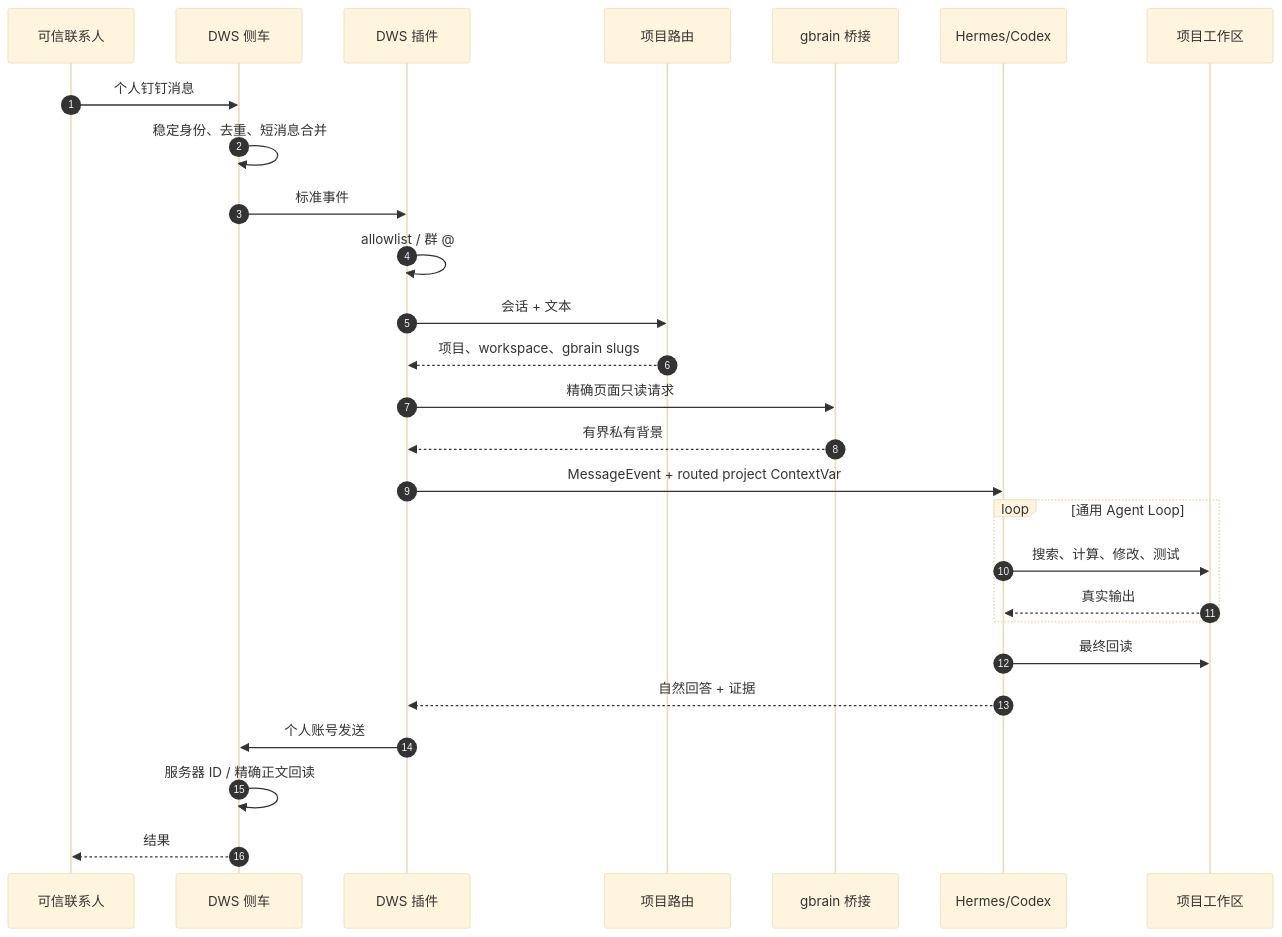
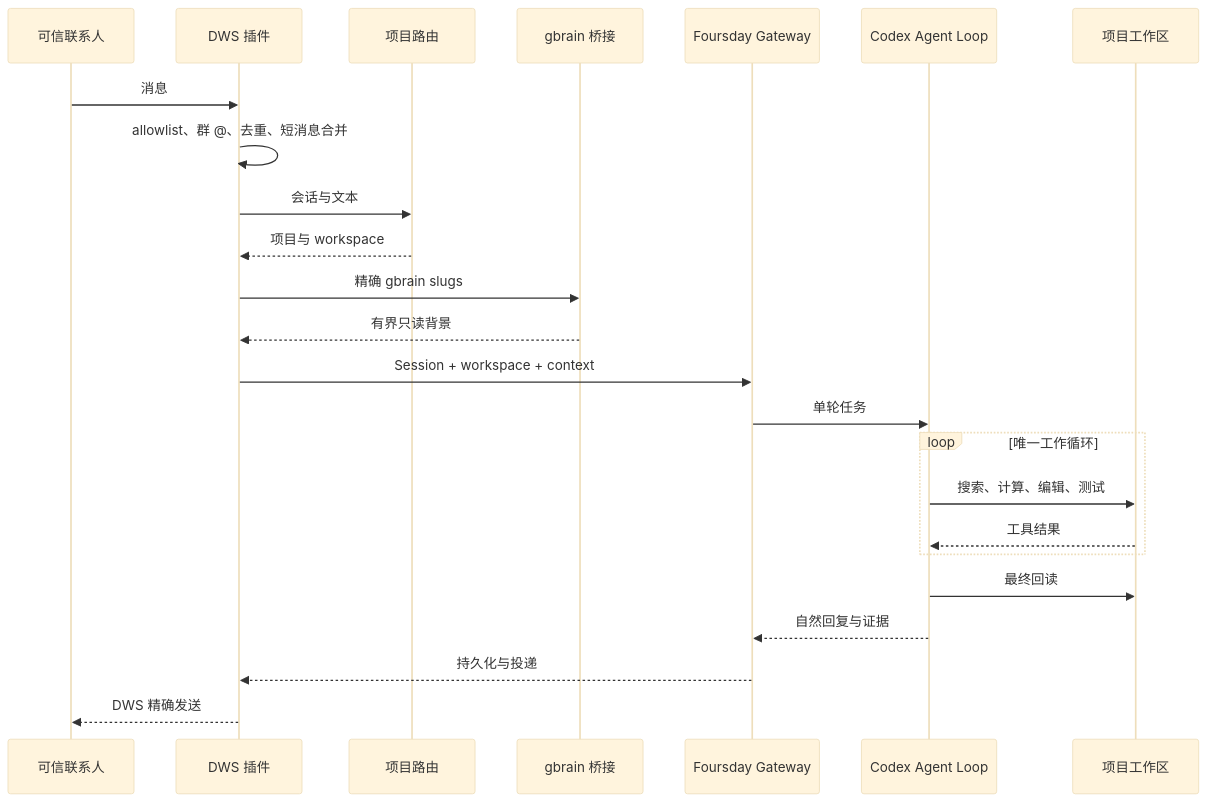
The diagram in docs/技术设计文档.md (ruiwang20010702/ai-employee), drawn with Mermaid (base theme) before and after one commit. The commit also changed other lines of this file and 520 other files, not shown here.

Commit message:
feat!: rebuild Foursday around a single Codex loop (#85)

````diff
--- a/docs/技术设计文档.md
+++ b/docs/技术设计文档.md
@@ -68,30 +21,27 @@
 ```mermaid
 sequenceDiagram
-    autonumber
     participant U as 可信联系人
-    participant D as DWS 侧车
-    participant P as DWS 插件
+    participant D as DWS 插件
     participant R as 项目路由
-    participant M as gbrain 桥接
-    participant H as Hermes/Codex
+    participant G as gbrain 桥接
+    participant H as Foursday Gateway
+    participant X as Codex Agent Loop
     participant W as 项目工作区
 
-    U->>D: 个人钉钉消息
-    D->>D: 稳定身份、去重、短消息合并
-    D->>P: 标准事件
-    P->>P: allowlist / 群 @
-    P->>R: 会话 + 文本
-    R-->>P: 项目、workspace、gbrain slugs
-    P->>M: 精确页面只读请求
-    M-->>P: 有界私有背景
-    P->>H: MessageEvent + routed project ContextVar
-    loop 通用 Agent Loop
-        H->>W: 搜索、计算、修改、测试
-        W-->>H: 真实输出
+    U->>D: 消息
+    D->>D: allowlist、群 @、去重、短消息合并
+    D->>R: 会话与文本
+    R-->>D: 项目与 workspace
+    D->>G: 精确 gbrain slugs
+    G-->>D: 有界只读背景
+    D->>H: Session + workspace + context
+    H->>X: 单轮任务
+    loop 唯一工作循环
+        X->>W: 搜索、计算、编辑、测试
+        W-->>X: 工具结果
     end
-    H->>W: 最终回读
-    H-->>P: 自然回答 + 证据
-    P->>D: 个人账号发送
-    D->>D: 服务器 ID / 精确正文回读
-    D-->>U: 结果
+    X->>W: 最终回读
+    X-->>H: 自然回复与证据
+    H-->>D: 持久化与投递
+    D-->>U: DWS 精确发送
 ```
````
